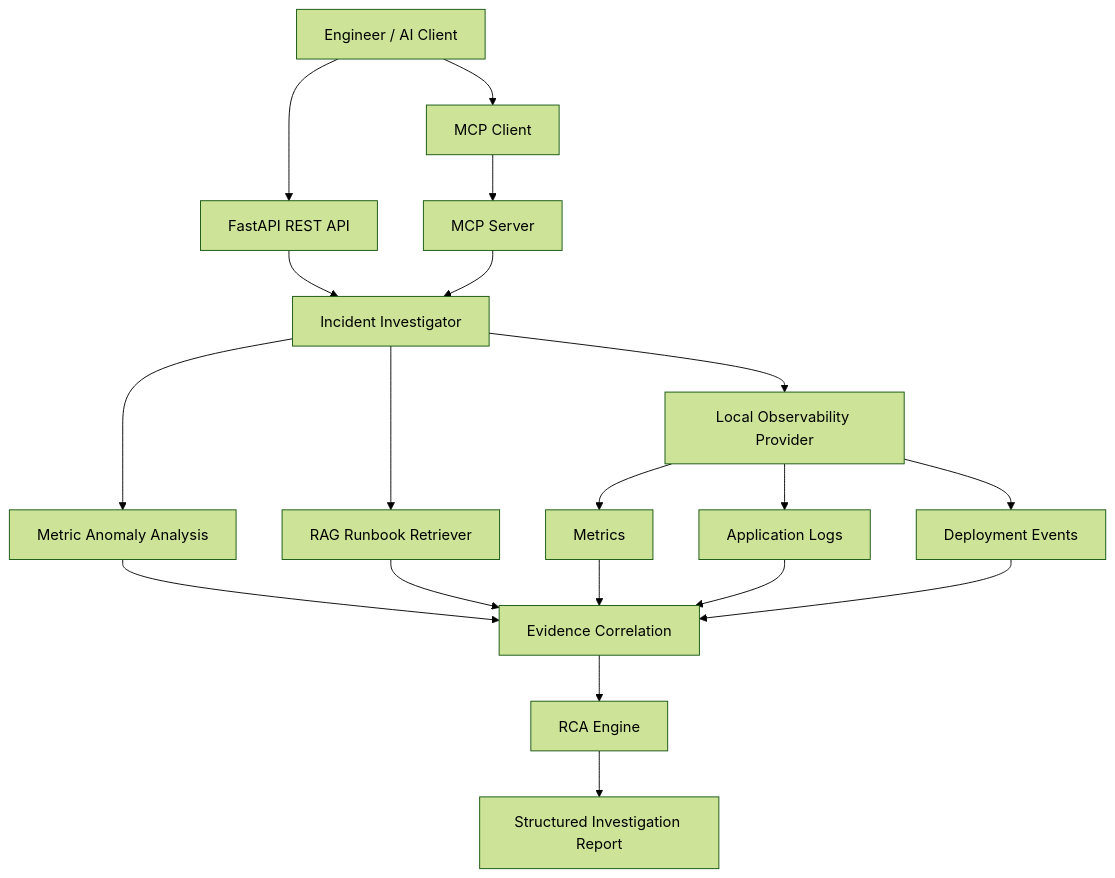
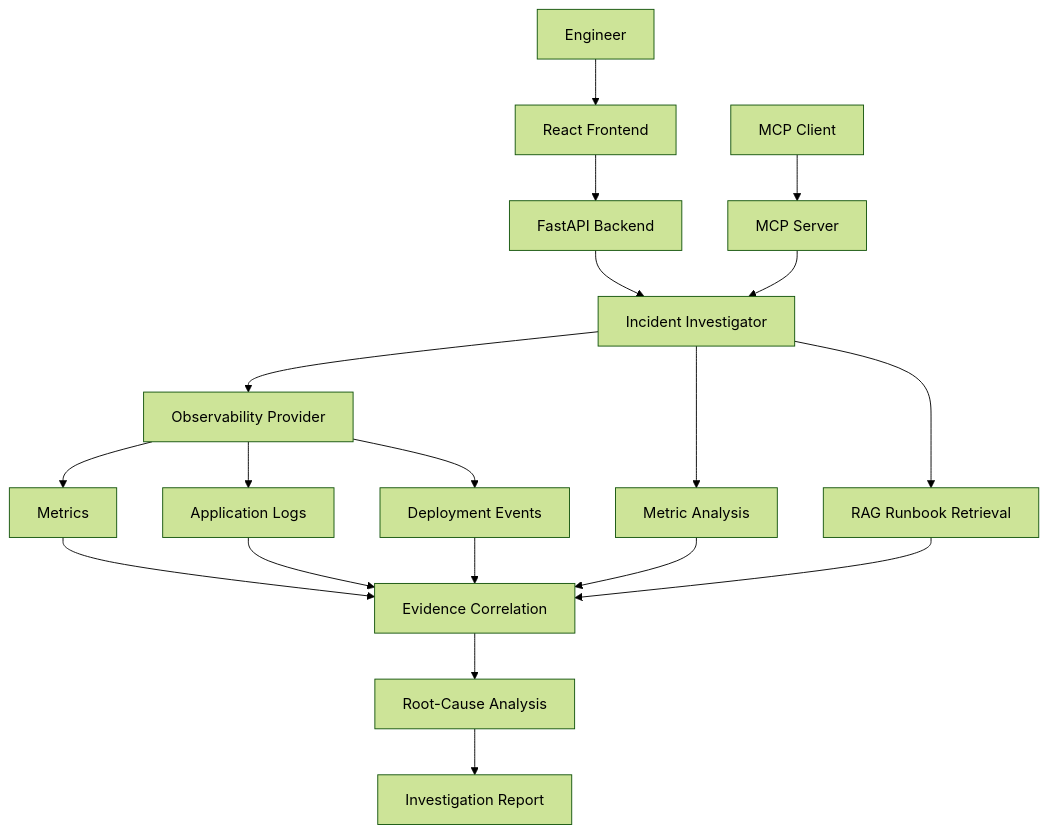
Before and after one commit to Srinu0725/opspilot: the diagram in README.md, drawn with Mermaid (forest theme). The commit also changed other lines of this file and 24 other files, not shown here.

````diff
--- a/README.md
+++ b/README.md
@@ -22,21 +23,21 @@
 ```mermaid
 flowchart TD
-    A[Engineer / AI Client] --> B[FastAPI REST API]
-    A --> C[MCP Client]
-    C --> D[MCP Server]
-    B --> E[Incident Investigator]
-    D --> E
-    E --> F[Local Observability Provider]
-    F --> G[Metrics]
-    F --> H[Application Logs]
-    F --> I[Deployment Events]
-    E --> J[Metric Anomaly Analysis]
-    E --> K[RAG Runbook Retriever]
-    J --> L[Evidence Correlation]
-    K --> L
-    G --> L
-    H --> L
-    I --> L
-    L --> M[RCA Engine]
-    M --> N[Structured Investigation Report]
+    A[Engineer] --> B[React Frontend]
+    B --> C[FastAPI Backend]
+    D[MCP Client] --> E[MCP Server]
+    C --> F[Incident Investigator]
+    E --> F
+    F --> G[Observability Provider]
+    G --> H[Metrics]
+    G --> I[Application Logs]
+    G --> J[Deployment Events]
+    F --> K[Metric Analysis]
+    F --> L[RAG Runbook Retrieval]
+    H --> M[Evidence Correlation]
+    I --> M
+    J --> M
+    K --> M
+    L --> M
+    M --> N[Root-Cause Analysis]
+    N --> O[Investigation Report]
 ```
````
